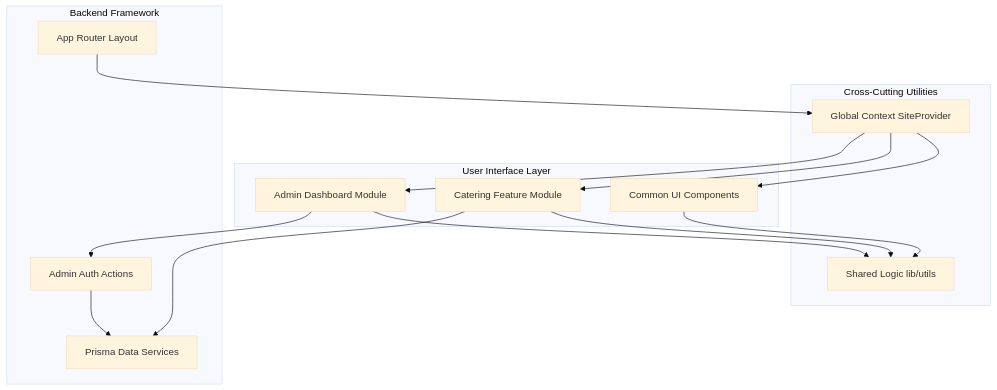
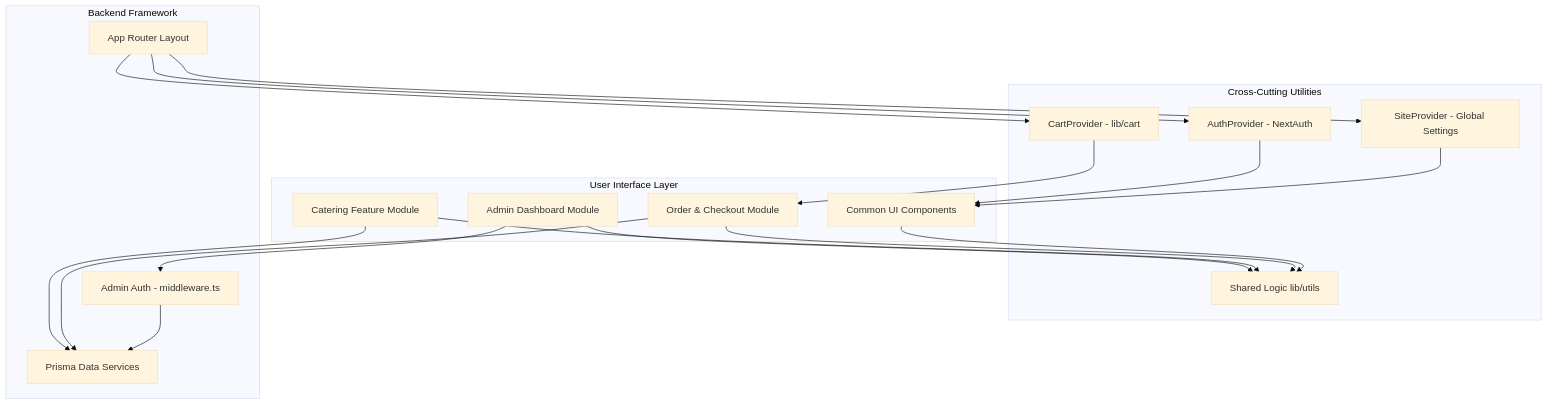
The diagram in docs/COMPONENT_LIBRARY.md (tejamahesh1433/indian-food-truck-site), drawn with Mermaid (base theme) before and after one commit. The commit also changed other lines of this file and 13 other files, not shown here.

````diff
--- a/docs/COMPONENT_LIBRARY.md
+++ b/docs/COMPONENT_LIBRARY.md
@@ -6,32 +7,39 @@
 ```mermaid
 graph TB
     subgraph "User Interface Layer"
         BC[Common UI Components]
+        OC[Order & Checkout Module]
         CC[Catering Feature Module]
         AC[Admin Dashboard Module]
     end
 
     subgraph "Cross-Cutting Utilities"
         Utils[Shared Logic lib/utils]
-        Providers[Global Context SiteProvider]
+        Cart[CartProvider - lib/cart]
+        Auth[AuthProvider - NextAuth]
+        Site[SiteProvider - Global Settings]
     end
 
     subgraph "Backend Framework"
         Layout[App Router Layout]
         Prisma[Prisma Data Services]
-        Auth[Admin Auth Actions]
+        AdminAuth[Admin Auth - middleware.ts]
     end
 
-    Layout --> Providers
-    Providers --> BC
-    Providers --> CC
-    Providers --> AC
-    
+    Layout --> Site
+    Layout --> Auth
+    Layout --> Cart
+    Site --> BC
+    Cart --> OC
+    Auth --> BC
+
     BC --> Utils
+    OC --> Utils
     CC --> Utils
     AC --> Utils
-    
-    AC --> Auth
-    Auth --> Prisma
+
+    AC --> AdminAuth
+    AdminAuth --> Prisma
+    OC --> Prisma
     CC --> Prisma
 ```
````
